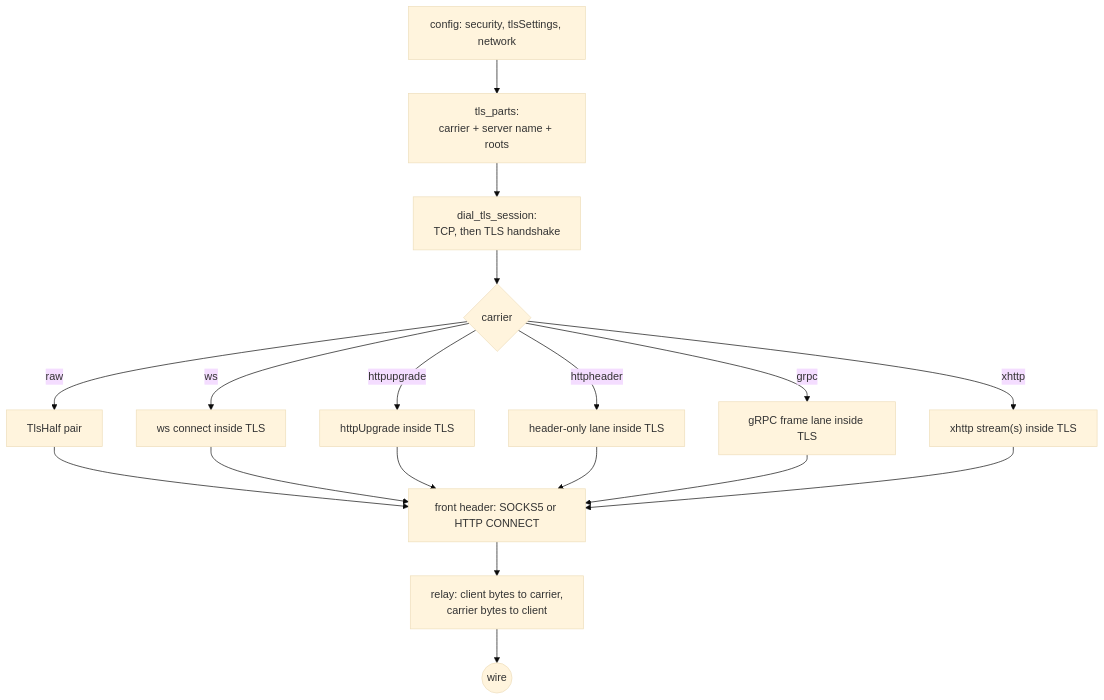
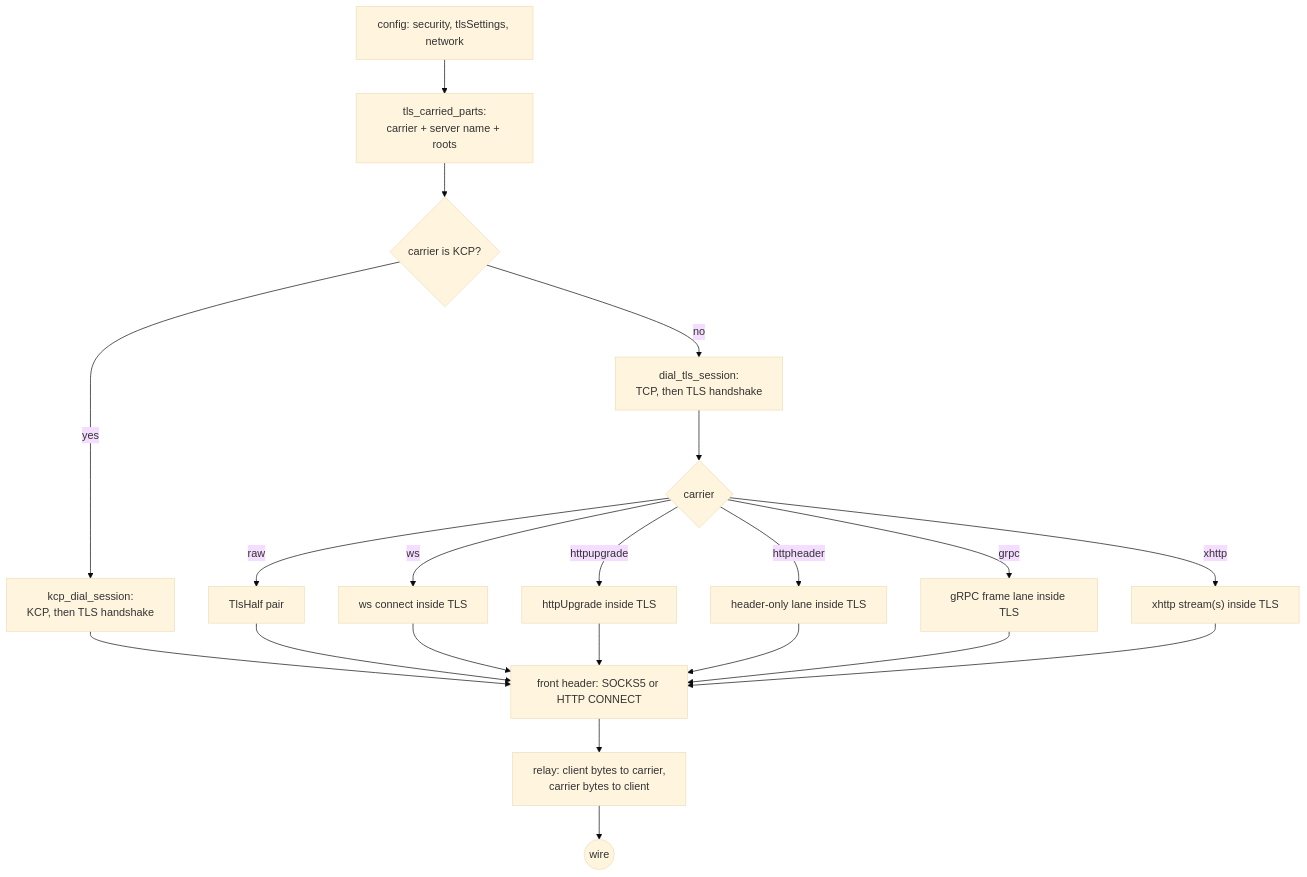
One commit to Ferrocite/ferrox changed the diagram in docs/function/tls-client.md. Above: the diagram before and after it, drawn with Mermaid (base theme). The commit also changed other lines of this file and 4 other files, not shown here.

Commit message:
tls: carry SOCKS and HTTP over KCP

````diff
--- a/docs/function/tls-client.md
+++ b/docs/function/tls-client.md
@@ -23,20 +25,23 @@
 ```mermaid
 graph TD
-    C["config: security, tlsSettings, network"] --> P["tls_parts:<br/>carrier + server name + roots"]
-    P --> D["dial_tls_session:<br/>TCP, then TLS handshake"]
+    C["config: security, tlsSettings, network"] --> P["tls_carried_parts:<br/>carrier + server name + roots"]
+    P --> K{"carrier is KCP?"}
+    K -->|yes| KD["kcp_dial_session:<br/>KCP, then TLS handshake"]
+    KD --> F
+    K -->|no| D["dial_tls_session:<br/>TCP, then TLS handshake"]
     D --> W{"carrier"}
     W -->|raw| R["TlsHalf pair"]
     W -->|ws| WS["ws connect inside TLS"]
     W -->|httpupgrade| HU["httpUpgrade inside TLS"]
     W -->|httpheader| HH["header-only lane inside TLS"]
     W -->|grpc| G["gRPC frame lane inside TLS"]
     W -->|xhttp| X["xhttp stream(s) inside TLS"]
     R --> F["front header: SOCKS5 or HTTP CONNECT"]
     WS --> F
     HU --> F
     HH --> F
     G --> F
     X --> F
     F --> L["relay: client bytes to carrier,<br/>carrier bytes to client"]
     L --> O(("wire"))
 ```
````
